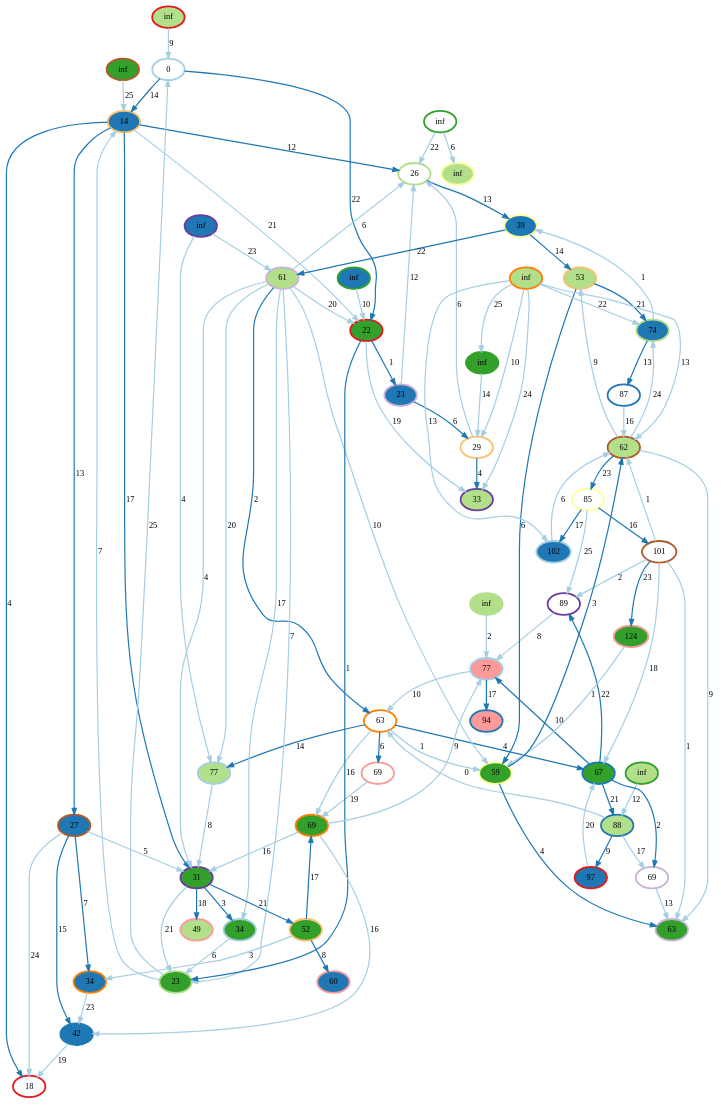
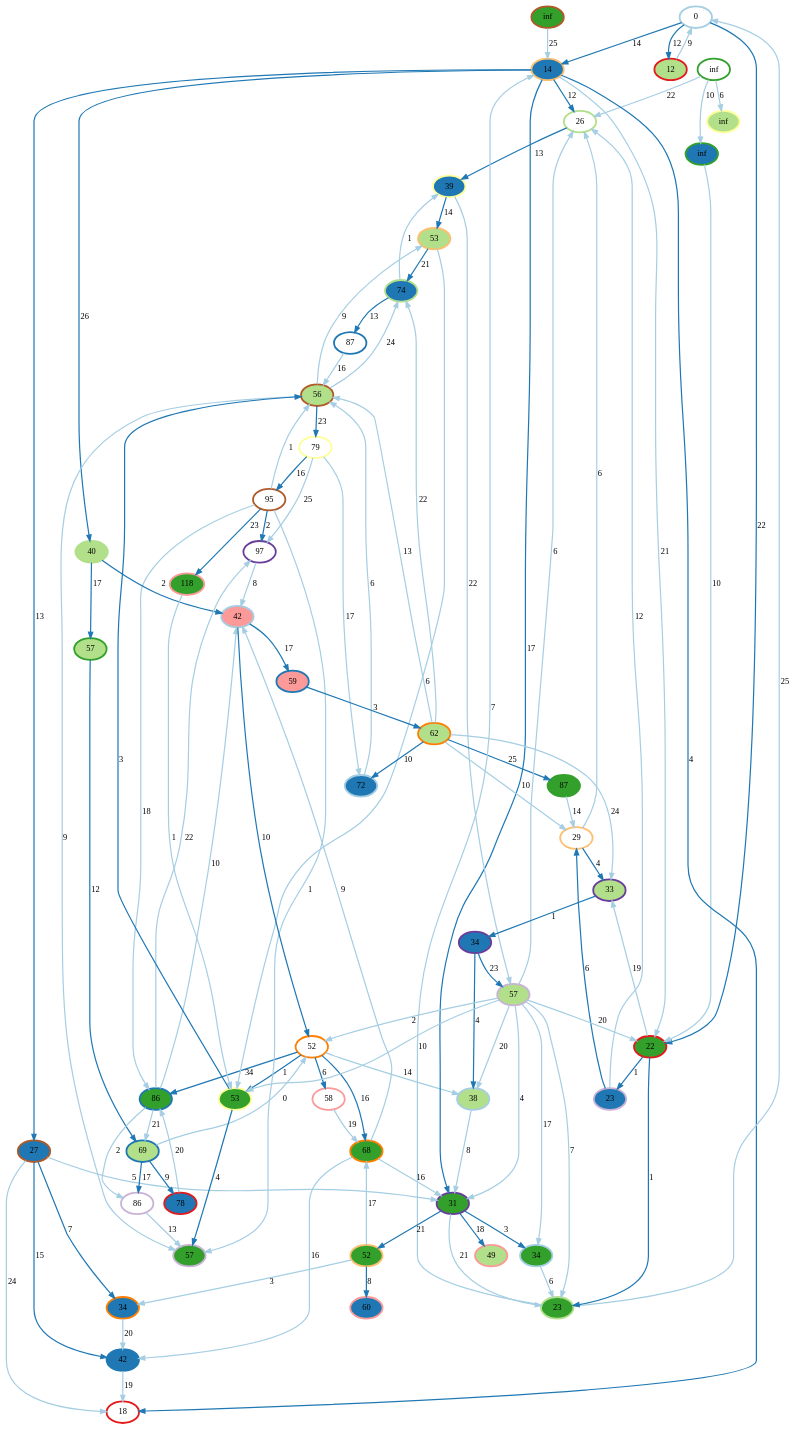
Before and after one commit to wouwouwou/module_7: the diagram in 10feb/BellmanFordDirected.dot, drawn with Graphviz. The commit also changed 10 other files, not shown here.

```diff
--- a/10feb/BellmanFordDirected.dot
+++ b/10feb/BellmanFordDirected.dot
@@ -3,76 +3,82 @@
     1 [penwidth=3,label="87",color=2, colorscheme=paired12]
     2 [penwidth=3,label="26",color=3, colorscheme=paired12]
     3 [penwidth=3,label="inf",color=4, colorscheme=paired12]
-    4 [penwidth=3,label="69",color=5, colorscheme=paired12]
+    4 [penwidth=3,label="58",color=5, colorscheme=paired12]
     5 [penwidth=3,label="18",color=6, colorscheme=paired12]
     6 [penwidth=3,label="29",color=7, colorscheme=paired12]
-    7 [penwidth=3,label="63",color=8, colorscheme=paired12]
-    8 [penwidth=3,label="69",color=9, colorscheme=paired12]
-    9 [penwidth=3,label="89",color=10, colorscheme=paired12]
-    10 [penwidth=3,label="85",color=11, colorscheme=paired12]
-    11 [penwidth=3,label="101",color=12, colorscheme=paired12]
-    12 [penwidth=3,label="102",color=1, colorscheme=paired12,style=filled,fillcolor=2]
+    7 [penwidth=3,label="52",color=8, colorscheme=paired12]
+    8 [penwidth=3,label="86",color=9, colorscheme=paired12]
+    9 [penwidth=3,label="97",color=10, colorscheme=paired12]
+    10 [penwidth=3,label="79",color=11, colorscheme=paired12]
+    11 [penwidth=3,label="95",color=12, colorscheme=paired12]
+    12 [penwidth=3,label="72",color=1, colorscheme=paired12,style=filled,fillcolor=2]
     13 [penwidth=3,label="42",color=2, colorscheme=paired12,style=filled,fillcolor=2]
     14 [penwidth=3,label="74",color=3, colorscheme=paired12,style=filled,fillcolor=2]
     15 [penwidth=3,label="inf",color=4, colorscheme=paired12,style=filled,fillcolor=2]
     16 [penwidth=3,label="60",color=5, colorscheme=paired12,style=filled,fillcolor=2]
-    17 [penwidth=3,label="97",color=6, colorscheme=paired12,style=filled,fillcolor=2]
+    17 [penwidth=3,label="78",color=6, colorscheme=paired12,style=filled,fillcolor=2]
     18 [penwidth=3,label="14",color=7, colorscheme=paired12,style=filled,fillcolor=2]
     19 [penwidth=3,label="34",color=8, colorscheme=paired12,style=filled,fillcolor=2]
     20 [penwidth=3,label="23",color=9, colorscheme=paired12,style=filled,fillcolor=2]
-    21 [penwidth=3,label="inf",color=10, colorscheme=paired12,style=filled,fillcolor=2]
+    21 [penwidth=3,label="34",color=10, colorscheme=paired12,style=filled,fillcolor=2]
     22 [penwidth=3,label="39",color=11, colorscheme=paired12,style=filled,fillcolor=2]
     23 [penwidth=3,label="27",color=12, colorscheme=paired12,style=filled,fillcolor=2]
-    24 [penwidth=3,label="77",color=1, colorscheme=paired12,style=filled,fillcolor=3]
-    25 [penwidth=3,label="88",color=2, colorscheme=paired12,style=filled,fillcolor=3]
-    26 [penwidth=3,label="inf",color=3, colorscheme=paired12,style=filled,fillcolor=3]
-    27 [penwidth=3,label="inf",color=4, colorscheme=paired12,style=filled,fillcolor=3]
+    24 [penwidth=3,label="38",color=1, colorscheme=paired12,style=filled,fillcolor=3]
+    25 [penwidth=3,label="69",color=2, colorscheme=paired12,style=filled,fillcolor=3]
+    26 [penwidth=3,label="40",color=3, colorscheme=paired12,style=filled,fillcolor=3]
+    27 [penwidth=3,label="57",color=4, colorscheme=paired12,style=filled,fillcolor=3]
     28 [penwidth=3,label="49",color=5, colorscheme=paired12,style=filled,fillcolor=3]
-    29 [penwidth=3,label="inf",color=6, colorscheme=paired12,style=filled,fillcolor=3]
+    29 [penwidth=3,label="12",color=6, colorscheme=paired12,style=filled,fillcolor=3]
     30 [penwidth=3,label="53",color=7, colorscheme=paired12,style=filled,fillcolor=3]
-    31 [penwidth=3,label="inf",color=8, colorscheme=paired12,style=filled,fillcolor=3]
-    32 [penwidth=3,label="61",color=9, colorscheme=paired12,style=filled,fillcolor=3]
+    31 [penwidth=3,label="62",color=8, colorscheme=paired12,style=filled,fillcolor=3]
+    32 [penwidth=3,label="57",color=9, colorscheme=paired12,style=filled,fillcolor=3]
     33 [penwidth=3,label="33",color=10, colorscheme=paired12,style=filled,fillcolor=3]
     34 [penwidth=3,label="inf",color=11, colorscheme=paired12,style=filled,fillcolor=3]
-    35 [penwidth=3,label="62",color=12, colorscheme=paired12,style=filled,fillcolor=3]
+    35 [penwidth=3,label="56",color=12, colorscheme=paired12,style=filled,fillcolor=3]
     36 [penwidth=3,label="34",color=1, colorscheme=paired12,style=filled,fillcolor=4]
-    37 [penwidth=3,label="67",color=2, colorscheme=paired12,style=filled,fillcolor=4]
+    37 [penwidth=3,label="86",color=2, colorscheme=paired12,style=filled,fillcolor=4]
     38 [penwidth=3,label="23",color=3, colorscheme=paired12,style=filled,fillcolor=4]
-    39 [penwidth=3,label="inf",color=4, colorscheme=paired12,style=filled,fillcolor=4]
-    40 [penwidth=3,label="124",color=5, colorscheme=paired12,style=filled,fillcolor=4]
+    39 [penwidth=3,label="87",color=4, colorscheme=paired12,style=filled,fillcolor=4]
+    40 [penwidth=3,label="118",color=5, colorscheme=paired12,style=filled,fillcolor=4]
     41 [penwidth=3,label="22",color=6, colorscheme=paired12,style=filled,fillcolor=4]
     42 [penwidth=3,label="52",color=7, colorscheme=paired12,style=filled,fillcolor=4]
-    43 [penwidth=3,label="69",color=8, colorscheme=paired12,style=filled,fillcolor=4]
-    44 [penwidth=3,label="63",color=9, colorscheme=paired12,style=filled,fillcolor=4]
+    43 [penwidth=3,label="68",color=8, colorscheme=paired12,style=filled,fillcolor=4]
+    44 [penwidth=3,label="57",color=9, colorscheme=paired12,style=filled,fillcolor=4]
     45 [penwidth=3,label="31",color=10, colorscheme=paired12,style=filled,fillcolor=4]
-    46 [penwidth=3,label="59",color=11, colorscheme=paired12,style=filled,fillcolor=4]
+    46 [penwidth=3,label="53",color=11, colorscheme=paired12,style=filled,fillcolor=4]
     47 [penwidth=3,label="inf",color=12, colorscheme=paired12,style=filled,fillcolor=4]
-    48 [penwidth=3,label="77",color=1, colorscheme=paired12,style=filled,fillcolor=5]
-    49 [penwidth=3,label="94",color=2, colorscheme=paired12,style=filled,fillcolor=5]
+    48 [penwidth=3,label="42",color=1, colorscheme=paired12,style=filled,fillcolor=5]
+    49 [penwidth=3,label="59",color=2, colorscheme=paired12,style=filled,fillcolor=5]
 
-    11 -> 9 [penwidth=2,label="2",color=1, colorscheme=paired12]
+    11 -> 9 [penwidth=2,label="2",color=2, colorscheme=paired12]
+    0 -> 29 [penwidth=2,label="12",color=2, colorscheme=paired12]
     43 -> 45 [penwidth=2,label="16",color=1, colorscheme=paired12]
     10 -> 9 [penwidth=2,label="25",color=1, colorscheme=paired12]
+    3 -> 15 [penwidth=2,label="10",color=1, colorscheme=paired12]
     48 -> 49 [penwidth=2,label="17",color=2, colorscheme=paired12]
-    22 -> 32 [penwidth=2,label="22",color=2, colorscheme=paired12]
+    22 -> 32 [penwidth=2,label="22",color=1, colorscheme=paired12]
+    33 -> 21 [penwidth=2,label="1",color=2, colorscheme=paired12]
+    18 -> 26 [penwidth=2,label="26",color=2, colorscheme=paired12]
+    26 -> 27 [penwidth=2,label="17",color=2, colorscheme=paired12]
+    49 -> 31 [penwidth=2,label="3",color=2, colorscheme=paired12]
     18 -> 45 [penwidth=2,label="17",color=2, colorscheme=paired12]
     35 -> 14 [penwidth=2,label="24",color=1, colorscheme=paired12]
-    48 -> 7 [penwidth=2,label="10",color=1, colorscheme=paired12]
-    7 -> 46 [penwidth=2,label="1",color=1, colorscheme=paired12]
+    48 -> 7 [penwidth=2,label="10",color=2, colorscheme=paired12]
+    7 -> 46 [penwidth=2,label="1",color=2, colorscheme=paired12]
     11 -> 35 [penwidth=2,label="1",color=1, colorscheme=paired12]
     47 -> 18 [penwidth=2,label="25",color=1, colorscheme=paired12]
     32 -> 46 [penwidth=2,label="10",color=1, colorscheme=paired12]
     36 -> 38 [penwidth=2,label="6",color=1, colorscheme=paired12]
     31 -> 14 [penwidth=2,label="22",color=1, colorscheme=paired12]
     45 -> 28 [penwidth=2,label="18",color=2, colorscheme=paired12]
-    37 -> 25 [penwidth=2,label="21",color=2, colorscheme=paired12]
-    21 -> 32 [penwidth=2,label="23",color=1, colorscheme=paired12]
+    37 -> 25 [penwidth=2,label="21",color=1, colorscheme=paired12]
+    21 -> 32 [penwidth=2,label="23",color=2, colorscheme=paired12]
     25 -> 17 [penwidth=2,label="9",color=2, colorscheme=paired12]
     18 -> 5 [penwidth=2,label="4",color=2, colorscheme=paired12]
     11 -> 37 [penwidth=2,label="18",color=1, colorscheme=paired12]
-    7 -> 24 [penwidth=2,label="14",color=2, colorscheme=paired12]
+    7 -> 24 [penwidth=2,label="14",color=1, colorscheme=paired12]
     31 -> 33 [penwidth=2,label="24",color=1, colorscheme=paired12]
-    32 -> 7 [penwidth=2,label="2",color=2, colorscheme=paired12]
+    32 -> 7 [penwidth=2,label="2",color=1, colorscheme=paired12]
     45 -> 38 [penwidth=2,label="21",color=1, colorscheme=paired12]
     38 -> 18 [penwidth=2,label="7",color=1, colorscheme=paired12]
     20 -> 6 [penwidth=2,label="6",color=2, colorscheme=paired12]
@@ -80,14 +86,14 @@
     25 -> 7 [penwidth=2,label="0",color=1, colorscheme=paired12]
     9 -> 48 [penwidth=2,label="8",color=1, colorscheme=paired12]
     0 -> 18 [penwidth=2,label="14",color=2, colorscheme=paired12]
-    26 -> 48 [penwidth=2,label="2",color=1, colorscheme=paired12]
-    37 -> 8 [penwidth=2,label="2",color=2, colorscheme=paired12]
+    26 -> 48 [penwidth=2,label="2",color=2, colorscheme=paired12]
+    37 -> 8 [penwidth=2,label="2",color=1, colorscheme=paired12]
     18 -> 2 [penwidth=2,label="12",color=2, colorscheme=paired12]
     18 -> 23 [penwidth=2,label="13",color=2, colorscheme=paired12]
     41 -> 20 [penwidth=2,label="1",color=2, colorscheme=paired12]
     17 -> 37 [penwidth=2,label="20",color=1, colorscheme=paired12]
     11 -> 44 [penwidth=2,label="1",color=1, colorscheme=paired12]
-    31 -> 39 [penwidth=2,label="25",color=1, colorscheme=paired12]
+    31 -> 39 [penwidth=2,label="25",color=2, colorscheme=paired12]
     35 -> 44 [penwidth=2,label="9",color=1, colorscheme=paired12]
     12 -> 35 [penwidth=2,label="6",color=1, colorscheme=paired12]
     32 -> 38 [penwidth=2,label="7",color=1, colorscheme=paired12]
@@ -95,18 +101,18 @@
     11 -> 40 [penwidth=2,label="23",color=2, colorscheme=paired12]
     41 -> 33 [penwidth=2,label="19",color=1, colorscheme=paired12]
     23 -> 45 [penwidth=2,label="5",color=1, colorscheme=paired12]
-    21 -> 24 [penwidth=2,label="4",color=1, colorscheme=paired12]
-    42 -> 43 [penwidth=2,label="17",color=2, colorscheme=paired12]
+    21 -> 24 [penwidth=2,label="4",color=2, colorscheme=paired12]
+    42 -> 43 [penwidth=2,label="17",color=1, colorscheme=paired12]
     0 -> 41 [penwidth=2,label="22",color=2, colorscheme=paired12]
-    27 -> 25 [penwidth=2,label="12",color=1, colorscheme=paired12]
-    7 -> 43 [penwidth=2,label="16",color=1, colorscheme=paired12]
-    7 -> 37 [penwidth=2,label="4",color=2, colorscheme=paired12]
+    27 -> 25 [penwidth=2,label="12",color=2, colorscheme=paired12]
+    7 -> 43 [penwidth=2,label="16",color=2, colorscheme=paired12]
+    7 -> 37 [penwidth=2,label="34",color=2, colorscheme=paired12]
     31 -> 6 [penwidth=2,label="10",color=1, colorscheme=paired12]
     23 -> 5 [penwidth=2,label="24",color=1, colorscheme=paired12]
     45 -> 36 [penwidth=2,label="3",color=2, colorscheme=paired12]
     10 -> 11 [penwidth=2,label="16",color=2, colorscheme=paired12]
-    30 -> 46 [penwidth=2,label="6",color=2, colorscheme=paired12]
-    37 -> 9 [penwidth=2,label="22",color=2, colorscheme=paired12]
+    30 -> 46 [penwidth=2,label="6",color=1, colorscheme=paired12]
+    37 -> 9 [penwidth=2,label="22",color=1, colorscheme=paired12]
     32 -> 2 [penwidth=2,label="6",color=1, colorscheme=paired12]
     42 -> 16 [penwidth=2,label="8",color=2, colorscheme=paired12]
     32 -> 24 [penwidth=2,label="20",color=1, colorscheme=paired12]
@@ -123,28 +129,28 @@
     20 -> 2 [penwidth=2,label="12",color=1, colorscheme=paired12]
     43 -> 48 [penwidth=2,label="9",color=1, colorscheme=paired12]
     38 -> 0 [penwidth=2,label="25",color=1, colorscheme=paired12]
-    31 -> 12 [penwidth=2,label="13",color=1, colorscheme=paired12]
+    31 -> 12 [penwidth=2,label="10",color=2, colorscheme=paired12]
     24 -> 45 [penwidth=2,label="8",color=1, colorscheme=paired12]
     40 -> 46 [penwidth=2,label="1",color=1, colorscheme=paired12]
     23 -> 13 [penwidth=2,label="15",color=2, colorscheme=paired12]
-    19 -> 13 [penwidth=2,label="23",color=1, colorscheme=paired12]
+    19 -> 13 [penwidth=2,label="20",color=1, colorscheme=paired12]
     3 -> 34 [penwidth=2,label="6",color=1, colorscheme=paired12]
     32 -> 36 [penwidth=2,label="17",color=1, colorscheme=paired12]
     31 -> 35 [penwidth=2,label="13",color=1, colorscheme=paired12]
     32 -> 45 [penwidth=2,label="4",color=1, colorscheme=paired12]
     15 -> 41 [penwidth=2,label="10",color=1, colorscheme=paired12]
     3 -> 2 [penwidth=2,label="22",color=1, colorscheme=paired12]
-    10 -> 12 [penwidth=2,label="17",color=2, colorscheme=paired12]
+    10 -> 12 [penwidth=2,label="17",color=1, colorscheme=paired12]
     6 -> 2 [penwidth=2,label="6",color=1, colorscheme=paired12]
     46 -> 35 [penwidth=2,label="3",color=2, colorscheme=paired12]
     18 -> 41 [penwidth=2,label="21",color=1, colorscheme=paired12]
     4 -> 43 [penwidth=2,label="19",color=1, colorscheme=paired12]
-    25 -> 8 [penwidth=2,label="17",color=1, colorscheme=paired12]
+    25 -> 8 [penwidth=2,label="17",color=2, colorscheme=paired12]
     29 -> 0 [penwidth=2,label="9",color=1, colorscheme=paired12]
     39 -> 6 [penwidth=2,label="14",color=1, colorscheme=paired12]
     32 -> 41 [penwidth=2,label="20",color=1, colorscheme=paired12]
     2 -> 22 [penwidth=2,label="13",color=2, colorscheme=paired12]
-    37 -> 48 [penwidth=2,label="10",color=2, colorscheme=paired12]
+    37 -> 48 [penwidth=2,label="10",color=1, colorscheme=paired12]
     42 -> 19 [penwidth=2,label="3",color=1, colorscheme=paired12]
     46 -> 44 [penwidth=2,label="4",color=2, colorscheme=paired12]
     35 -> 10 [penwidth=2,label="23",color=2, colorscheme=paired12]
```
